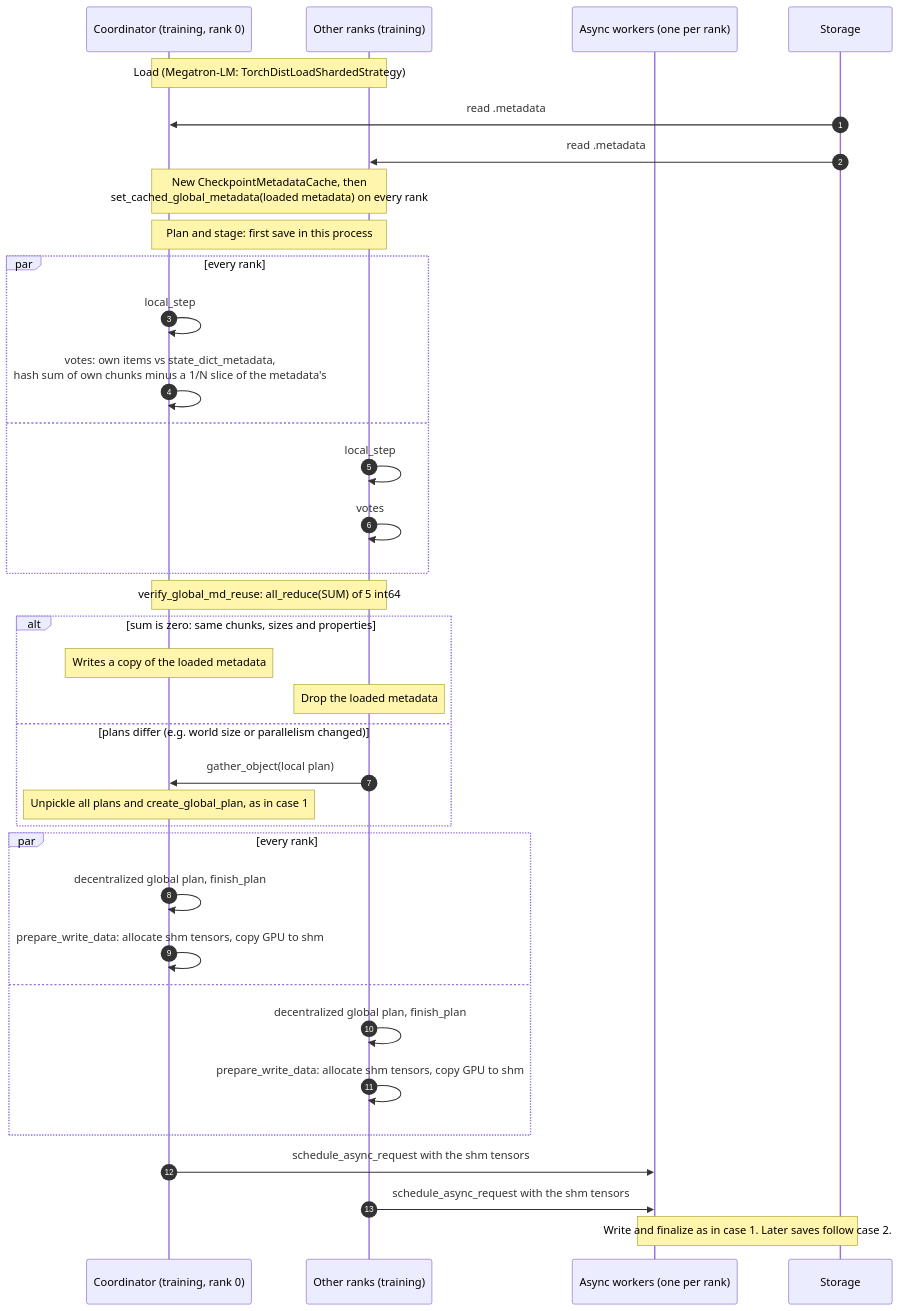
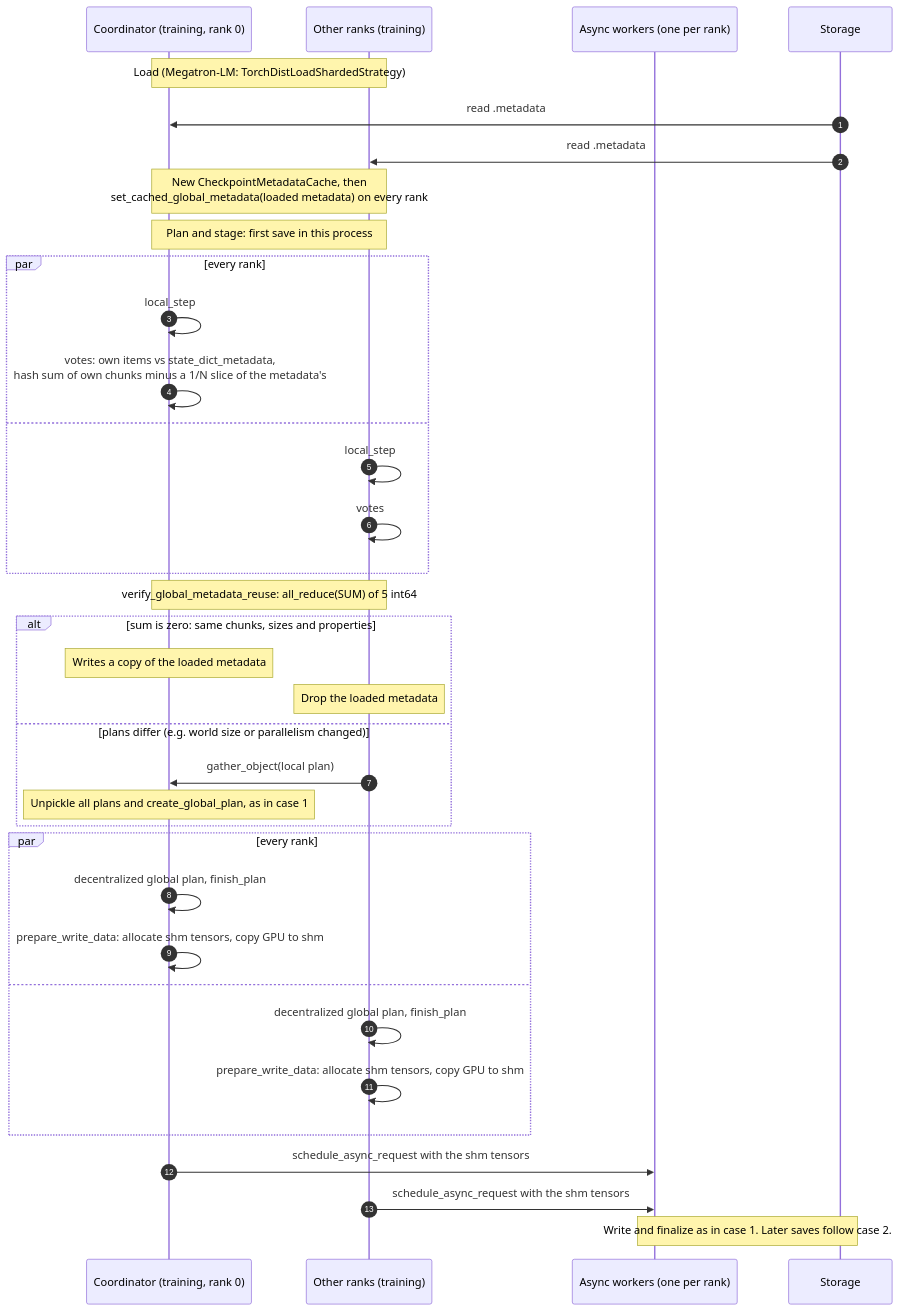
One commit to NVIDIA/nvidia-resiliency-ext changed the third of 3 diagrams in docs/design/checkpoint/ASYNC_SAVE.md. Above: the diagram before and after it, drawn with Mermaid. The commit also changed other lines of this file and 1 other file, not shown here.

First line of the commit message:
Rename verify_global_md_reuse to verify_global_metadata_reuse

````diff
--- a/docs/design/checkpoint/ASYNC_SAVE.md
+++ b/docs/design/checkpoint/ASYNC_SAVE.md
@@ -148,41 +148,41 @@
 ```mermaid
 sequenceDiagram
     autonumber
     participant C as Coordinator (training, rank 0)
     participant R as Other ranks (training)
     participant W as Async workers (one per rank)
     participant S as Storage
 
     Note over C,R: Load (Megatron-LM: TorchDistLoadShardedStrategy)
     S->>C: read .metadata
     S->>R: read .metadata
     Note over C,R: New CheckpointMetadataCache, then<br/>set_cached_global_metadata(loaded metadata) on every rank
 
     Note over C,R: Plan and stage: first save in this process
     par every rank
         C->>C: local_step
         C->>C: votes: own items vs state_dict_metadata,<br/>hash sum of own chunks minus a 1/N slice of the metadata's
     and
         R->>R: local_step
         R->>R: votes
     end
-    Note over C,R: verify_global_md_reuse: all_reduce(SUM) of 5 int64
+    Note over C,R: verify_global_metadata_reuse: all_reduce(SUM) of 5 int64
     alt sum is zero: same chunks, sizes and properties
         Note over C: Writes a copy of the loaded metadata
         Note over R: Drop the loaded metadata
     else plans differ (e.g. world size or parallelism changed)
         R->>C: gather_object(local plan)
         Note over C: Unpickle all plans and create_global_plan, as in case 1
     end
     par every rank
         C->>C: decentralized global plan, finish_plan
         C->>C: prepare_write_data: allocate shm tensors, copy GPU to shm
     and
         R->>R: decentralized global plan, finish_plan
         R->>R: prepare_write_data: allocate shm tensors, copy GPU to shm
     end
 
     C->>W: schedule_async_request with the shm tensors
     R->>W: schedule_async_request with the shm tensors
     Note over W,S: Write and finalize as in case 1. Later saves follow case 2.
 ```
````
